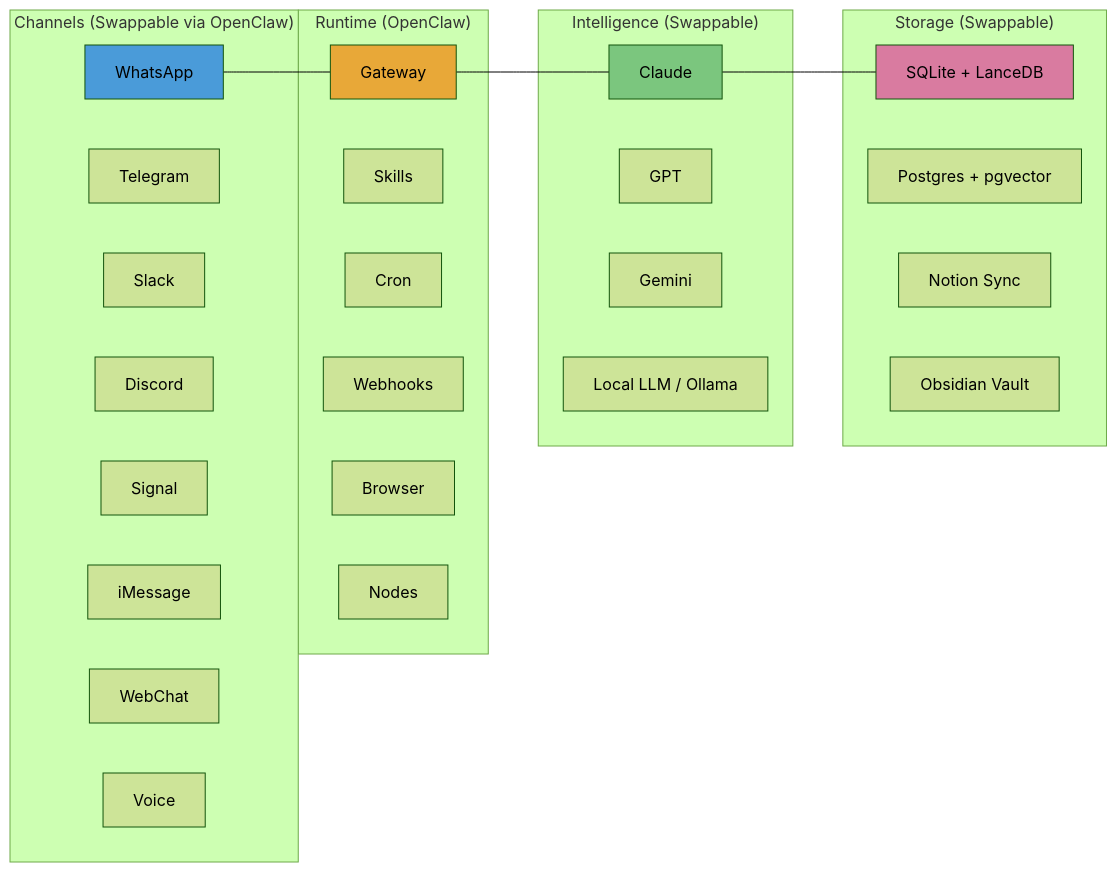
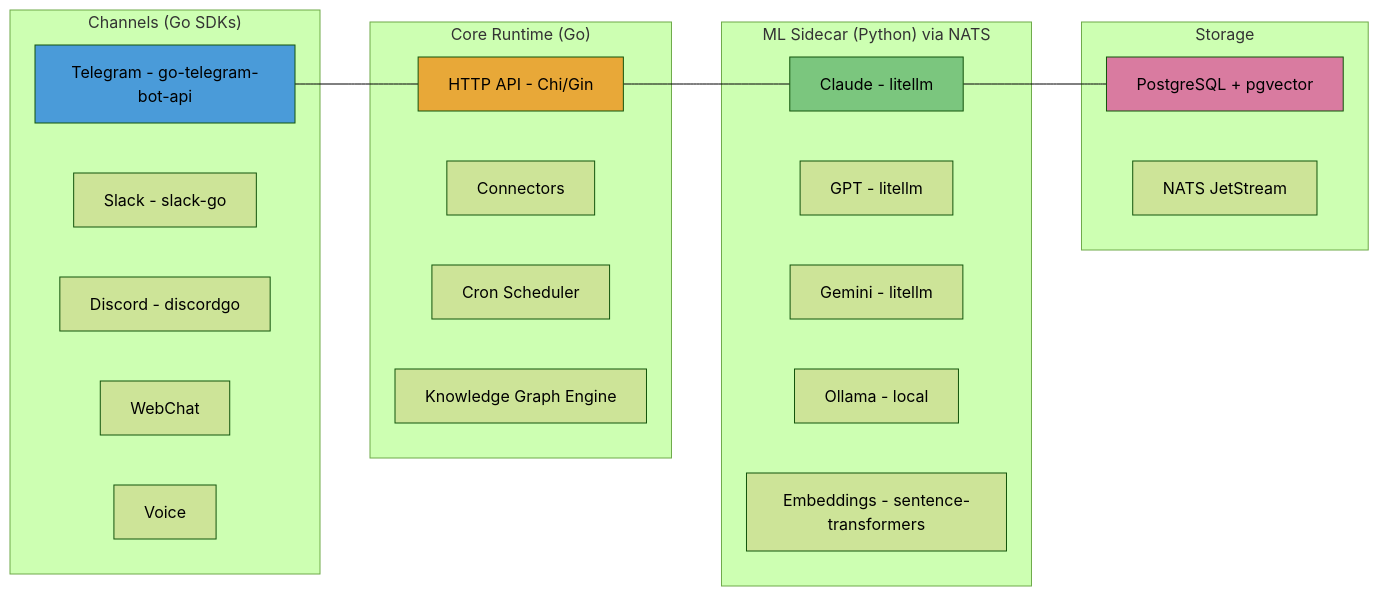
One commit to pkirsanov/smackerel changed the second of 14 diagrams in docs/smackerel.md. Above: the diagram before and after it, drawn with Mermaid (forest theme). The commit also changed other lines of this file and 1 other file, not shown here.

First line of the commit message:
Add competitive analysis, connector ecosystem, and Go+pgvector tech stack to design doc

````diff
--- a/docs/smackerel.md
+++ b/docs/smackerel.md
@@ -257,45 +254,39 @@
 ```mermaid
 graph LR
-    subgraph "Channels (Swappable via OpenClaw)"
-        A1[WhatsApp]
-        A2[Telegram]
-        A3[Slack]
-        A4[Discord]
-        A5[Signal]
-        A6[iMessage]
-        A7[WebChat]
-        A8[Voice]
+    subgraph "Channels (Go SDKs)"
+        A1[Telegram - go-telegram-bot-api]
+        A2[Slack - slack-go]
+        A3[Discord - discordgo]
+        A4[WebChat]
+        A5[Voice]
     end
 
-    subgraph "Runtime (OpenClaw)"
-        B1[Gateway]
-        B2[Skills]
-        B3[Cron]
-        B4[Webhooks]
-        B5[Browser]
-        B6[Nodes]
+    subgraph "Core Runtime (Go)"
+        B1[HTTP API - Chi/Gin]
+        B2[Connectors]
+        B3[Cron Scheduler]
+        B4[Knowledge Graph Engine]
     end
 
-    subgraph "Intelligence (Swappable)"
-        C1[Claude]
-        C2[GPT]
-        C3[Gemini]
-        C4[Local LLM / Ollama]
+    subgraph "ML Sidecar (Python) via NATS"
+        C1[Claude - litellm]
+        C2[GPT - litellm]
+        C3[Gemini - litellm]
+        C4[Ollama - local]
+        C5[Embeddings - sentence-transformers]
     end
 
-    subgraph "Storage (Swappable)"
-        D1[SQLite + LanceDB]
-        D2[Postgres + pgvector]
-        D3[Notion Sync]
-        D4[Obsidian Vault]
+    subgraph "Storage"
+        D1[PostgreSQL + pgvector]
+        D2[NATS JetStream]
     end
 
     A1 --- B1
     B1 --- C1
     C1 --- D1
 
     style A1 fill:#4A9BD9
     style B1 fill:#E8A838
     style C1 fill:#7BC67E
     style D1 fill:#D97BA0
 ```
````
